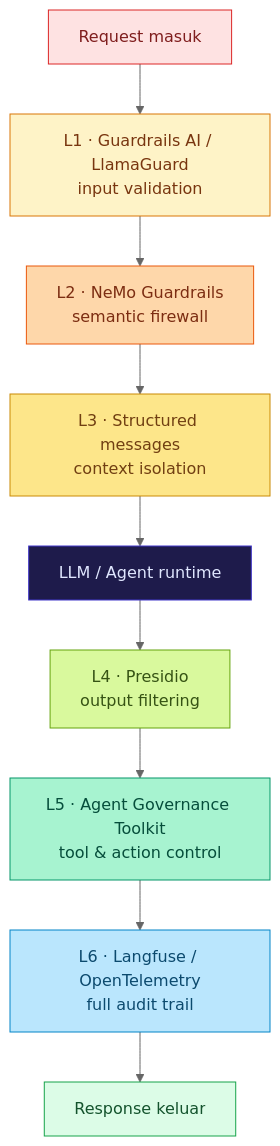
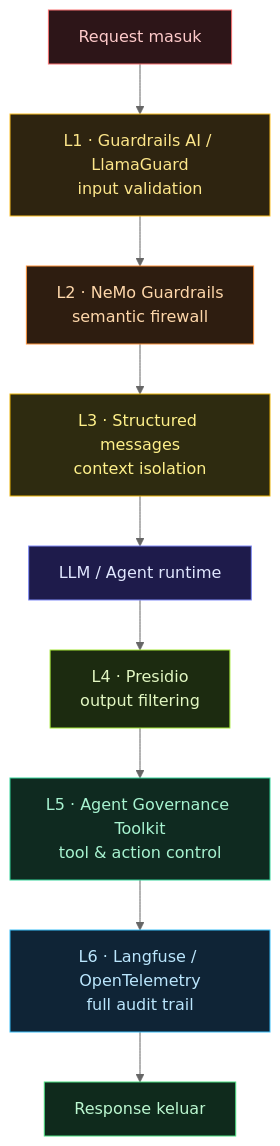
Before and after one commit to arifbazli/malay-tech-journal: the second of 2 diagrams in src/content/posts/ms/age-02-6-lapisan.md, drawn with Mermaid (neutral theme). The commit also changed other lines of this file and 16 other files, not shown here.

First line of the commit message:
fix(mermaid): fix light-theme colors and rendering bugs across all diagrams

````diff
--- a/src/content/posts/ms/age-02-6-lapisan.md
+++ b/src/content/posts/ms/age-02-6-lapisan.md
@@ -279,22 +288,22 @@
 ```mermaid
 flowchart TB
   IN["Request masuk"]:::input
   L1["L1 · Guardrails AI / LlamaGuard<br/>input validation"]:::l1
   L2["L2 · NeMo Guardrails<br/>semantic firewall"]:::l2
   L3["L3 · Structured messages<br/>context isolation"]:::l3
   RUNTIME["LLM / Agent runtime"]:::runtime
   L4["L4 · Presidio<br/>output filtering"]:::l4
   L5["L5 · Agent Governance Toolkit<br/>tool &amp; action control"]:::l5
   L6["L6 · Langfuse / OpenTelemetry<br/>full audit trail"]:::l6
   OUT["Response keluar"]:::output
   IN --> L1 --> L2 --> L3 --> RUNTIME --> L4 --> L5 --> L6 --> OUT
-  classDef input fill:#fee2e2,stroke:#dc2626,color:#7f1d1d
-  classDef l1 fill:#fef3c7,stroke:#d97706,color:#78350f
-  classDef l2 fill:#fed7aa,stroke:#ea580c,color:#7c2d12
-  classDef l3 fill:#fde68a,stroke:#ca8a04,color:#713f12
-  classDef runtime fill:#1e1b4b,stroke:#4338ca,color:#e0e7ff
-  classDef l4 fill:#d9f99d,stroke:#65a30d,color:#365314
-  classDef l5 fill:#a7f3d0,stroke:#059669,color:#064e3b
-  classDef l6 fill:#bae6fd,stroke:#0284c7,color:#0c4a6e
-  classDef output fill:#dcfce7,stroke:#16a34a,color:#14532d
+  classDef input fill:#2d1518,stroke:#f87171,color:#fecaca
+  classDef l1 fill:#2e2410,stroke:#fbbf24,color:#fde68a
+  classDef l2 fill:#2e1d10,stroke:#fb923c,color:#fed7aa
+  classDef l3 fill:#2e2b10,stroke:#eab308,color:#fef08a
+  classDef runtime fill:#1e1b4b,stroke:#818cf8,color:#e0e7ff
+  classDef l4 fill:#1c2b10,stroke:#a3e635,color:#e2f7c2
+  classDef l5 fill:#0f2a20,stroke:#34d399,color:#a7f3d0
+  classDef l6 fill:#0f2436,stroke:#38bdf8,color:#bae6fd
+  classDef output fill:#0f2a1c,stroke:#4ade80,color:#bbf7d0
 ```
````
